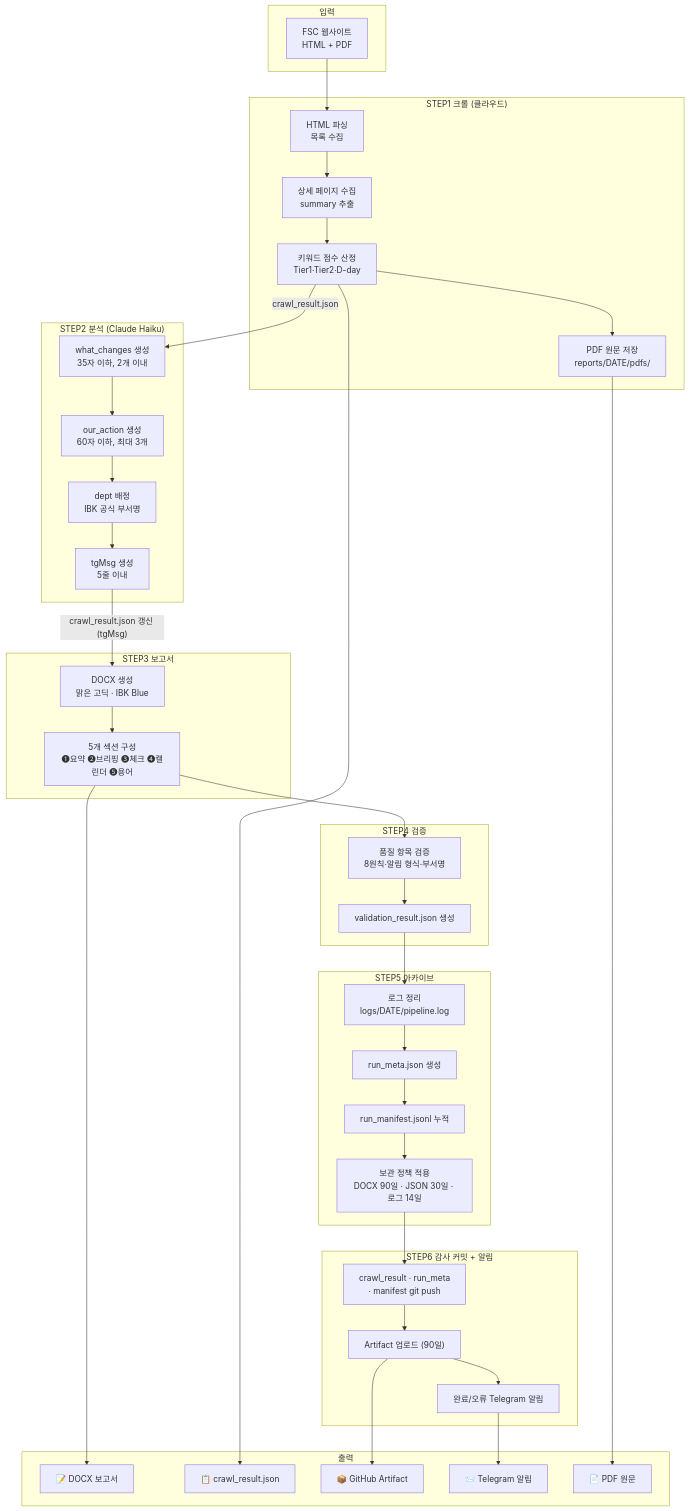
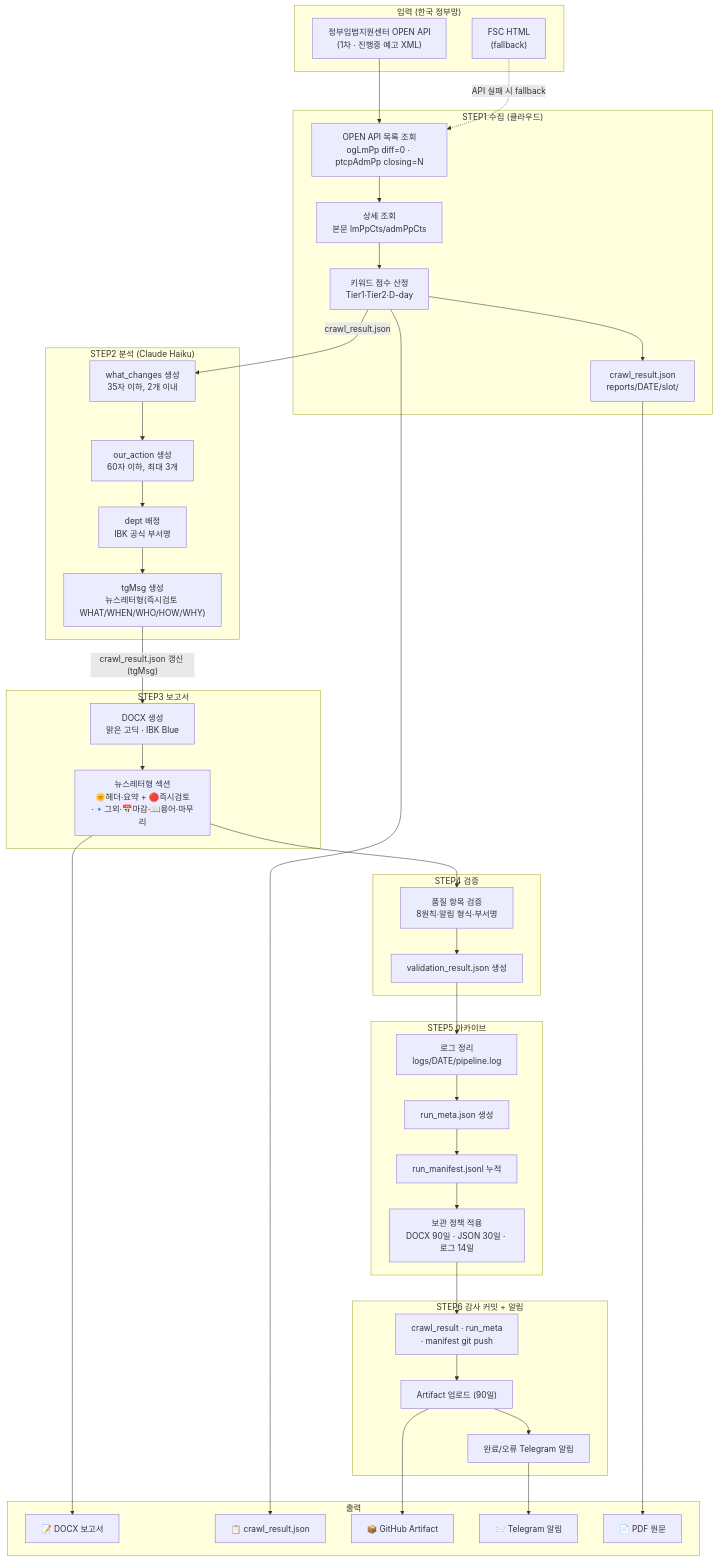
One commit to pyorocop-lang/ibk-FSS-brief changed the third of 3 diagrams in docs/ARCHITECTURE.md. Above: the diagram before and after it, drawn with Mermaid. The commit also changed other lines of this file and 21 other files, not shown here.

````diff
--- a/docs/ARCHITECTURE.md
+++ b/docs/ARCHITECTURE.md
@@ -128,66 +135,68 @@
 ```mermaid
 flowchart TD
-    subgraph INPUT["입력"]
-        FSC["FSC 웹사이트\nHTML + PDF"]
+    subgraph INPUT["입력 (한국 정부망)"]
+        LAWIN["정부입법지원센터 OPEN API\n(1차 · 진행중 예고 XML)"]
+        FSC["FSC HTML\n(fallback)"]
     end
 
-    subgraph STEP1["STEP1 크롤 (클라우드)"]
-        C1["HTML 파싱\n목록 수집"]
-        C2["상세 페이지 수집\nsummary 추출"]
+    subgraph STEP1["STEP1 수집 (클라우드)"]
+        C1["OPEN API 목록 조회\nogLmPp diff=0 · ptcpAdmPp closing=N"]
+        C2["상세 조회\n본문 lmPpCts/admPpCts"]
         C3["키워드 점수 산정\nTier1·Tier2·D-day"]
-        C4["PDF 원문 저장\nreports/DATE/pdfs/"]
+        C4["crawl_result.json\nreports/DATE/slot/"]
     end
 
     subgraph STEP2["STEP2 분석 (Claude Haiku)"]
         A21["what_changes 생성\n35자 이하, 2개 이내"]
         A22["our_action 생성\n60자 이하, 최대 3개"]
         A23["dept 배정\nIBK 공식 부서명"]
-        A24["tgMsg 생성\n5줄 이내"]
+        A24["tgMsg 생성\n뉴스레터형(즉시검토 WHAT/WHEN/WHO/HOW/WHY)"]
     end
 
     subgraph STEP3["STEP3 보고서"]
         B1["DOCX 생성\n맑은 고딕 · IBK Blue"]
-        B2["5개 섹션 구성\n❶요약 ❷브리핑 ❸체크 ❹캘린더 ❺용어"]
+        B2["뉴스레터형 섹션\n🌞헤더·요약 + 🔴즉시검토·🔹그외·📅마감·📖용어·마무리"]
     end
 
     subgraph STEP4["STEP4 검증"]
         V1["품질 항목 검증\n8원칙·알림 형식·부서명"]
         V2["validation_result.json 생성"]
     end
 
     subgraph STEP5["STEP5 아카이브"]
         AR1["로그 정리\nlogs/DATE/pipeline.log"]
         AR2["run_meta.json 생성"]
         AR3["run_manifest.jsonl 누적"]
         AR4["보관 정책 적용\nDOCX 90일 · JSON 30일 · 로그 14일"]
     end
 
     subgraph STEP6["STEP6 감사 커밋 + 알림"]
         G1["crawl_result · run_meta\n· manifest git push"]
         G2["Artifact 업로드 (90일)"]
         G3["완료/오류 Telegram 알림"]
     end
 
     subgraph OUTPUT["출력"]
         O1["📝 DOCX 보고서"]
         O2["📋 crawl_result.json"]
         O3["📦 GitHub Artifact"]
         O4["📨 Telegram 알림"]
         O5["📄 PDF 원문"]
     end
 
-    FSC --> C1 --> C2 --> C3
+    LAWIN --> C1 --> C2 --> C3
+    FSC -.->|"API 실패 시 fallback"| C1
     C3 --> C4
     C3 -->|"crawl_result.json"| A21
     A21 --> A22 --> A23 --> A24
     A24 -->|"crawl_result.json 갱신 (tgMsg)"| B1
     B1 --> B2 --> V1 --> V2
     V2 --> AR1 --> AR2 --> AR3 --> AR4
     AR4 --> G1 --> G2 --> G3
 
     B2 --> O1
     C3 --> O2
     G2 --> O3
     G3 --> O4
     C4 --> O5
 ```
````
